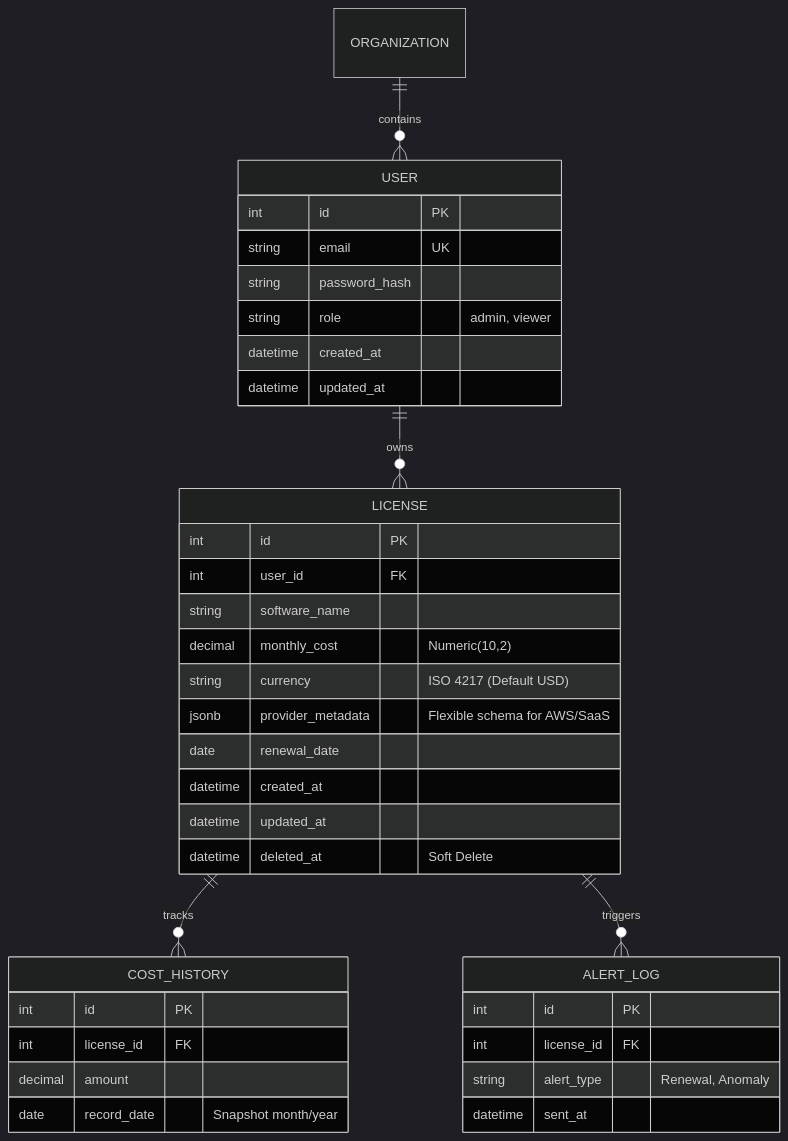
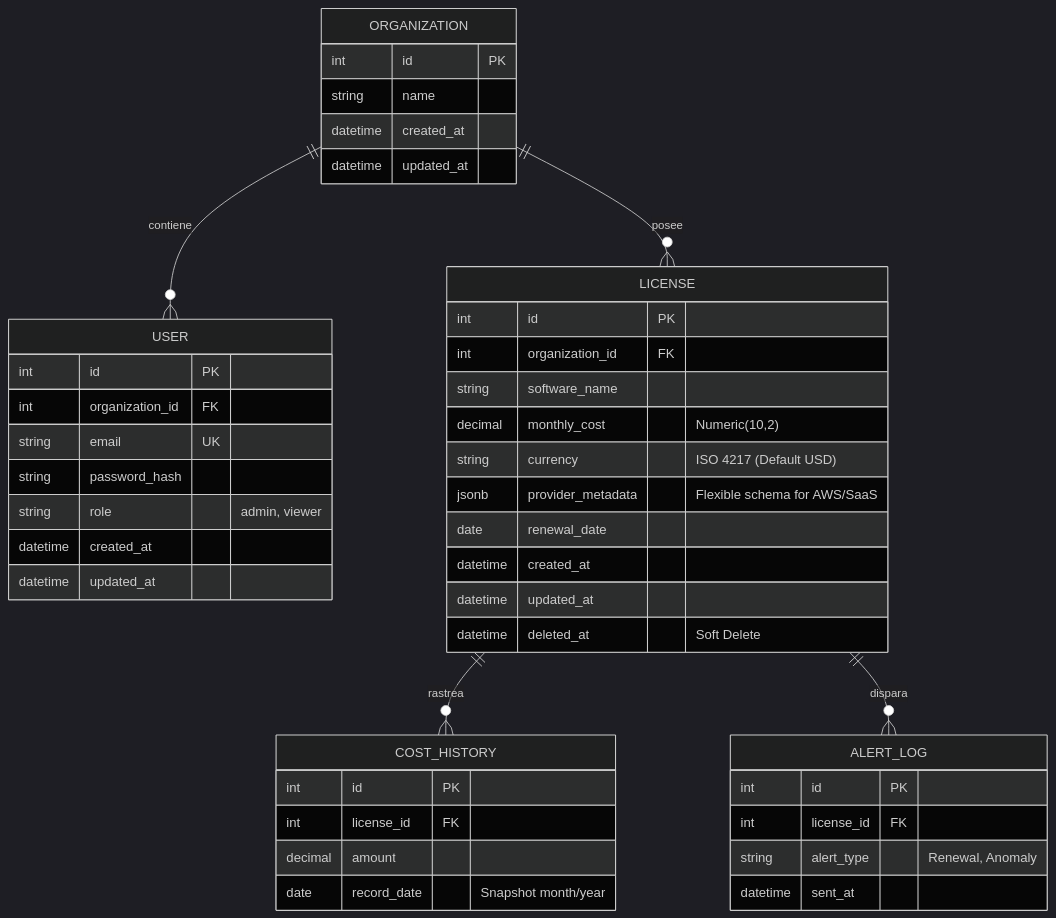
Before and after one commit to anibalrojosan/optima-license-manager: the diagram in docs/DATABASE.md, drawn with Mermaid (dark theme). The commit also changed other lines of this file and 7 other files, not shown here.

````diff
--- a/docs/DATABASE.md
+++ b/docs/DATABASE.md
@@ -15,43 +15,51 @@
 ```mermaid
 erDiagram
-    ORGANIZATION ||--o{ USER : contains
-    USER ||--o{ LICENSE : owns
-    LICENSE ||--o{ COST_HISTORY : tracks
-    LICENSE ||--o{ ALERT_LOG : triggers
+    ORGANIZATION ||--o{ USER : contiene
+    ORGANIZATION ||--o{ LICENSE : posee
+    LICENSE ||--o{ COST_HISTORY : rastrea
+    LICENSE ||--o{ ALERT_LOG : dispara
+
+    ORGANIZATION {
+        int id PK
+        string name
+        datetime created_at
+        datetime updated_at
+    }
 
     USER {
         int id PK
+        int organization_id FK
         string email UK
         string password_hash
         string role "admin, viewer"
         datetime created_at
         datetime updated_at
     }
 
     LICENSE {
         int id PK
-        int user_id FK
+        int organization_id FK
         string software_name
         decimal monthly_cost "Numeric(10,2)"
         string currency "ISO 4217 (Default USD)"
         jsonb provider_metadata "Flexible schema for AWS/SaaS"
         date renewal_date
         datetime created_at
         datetime updated_at
         datetime deleted_at "Soft Delete"
     }
 
     COST_HISTORY {
         int id PK
         int license_id FK
         decimal amount
         date record_date "Snapshot month/year"
     }
 
     ALERT_LOG {
         int id PK
         int license_id FK
         string alert_type "Renewal, Anomaly"
         datetime sent_at
     }
 ```
````
